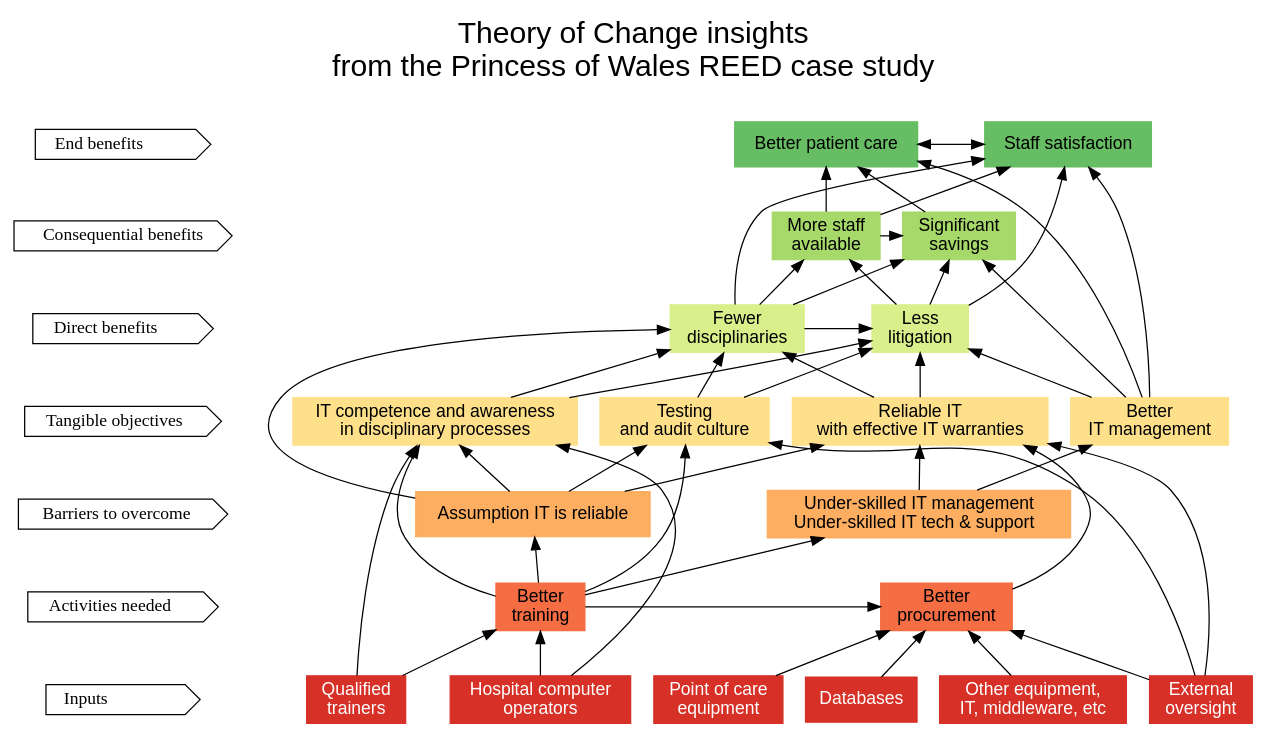
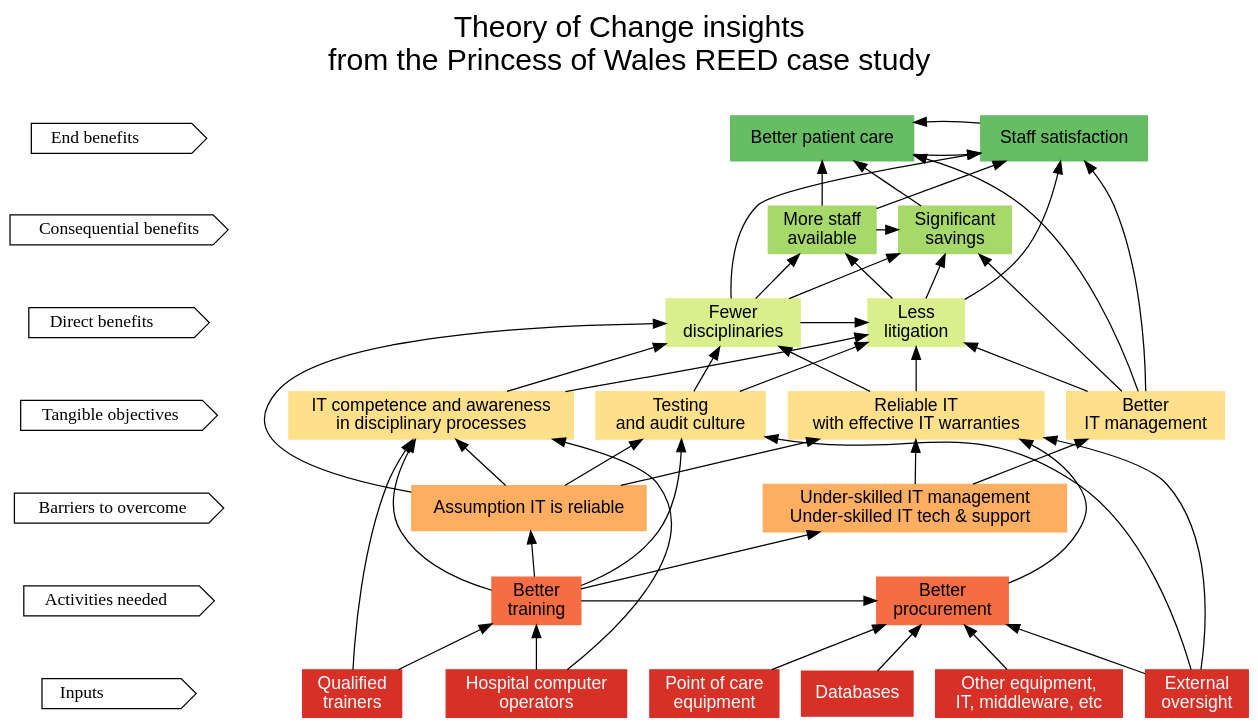
One commit to haroldthimbleby/REED changed the diagram in lib/pow-toc.gv. Above: the diagram before and after it, drawn with Graphviz. The commit also changed 39 other files, not shown here.

```diff
--- a/lib/pow-toc.gv
+++ b/lib/pow-toc.gv
@@ -1,97 +1,99 @@
 digraph {
   compound=true;
+  bgcolor="transparent";
   color=red;
   labelloc=t;
   fontname="Helvetica";
   fontsize=24;
   label="Theory of Change insights\nfrom the Princess of Wales REED case study
  ";
   rankdir="BT";
 {rank=same; "Inputs                 ";"e";"a1";"a2";"a3";"etc";"au";}
 {rank=same; "Activities needed      ";"t";"b";}
 {rank=same; "Barriers to overcome   ";"c";"barriermanagement";}
 {rank=same; "Tangible objectives    ";"audit";"disciplinary";"w";"management";}
 {rank=same; "Direct benefits        ";"d1";"d2";}
 {rank=same; "Consequential benefits ";"io1";"io2";}
 {rank=same; "End benefits           ";"o1";"invis";"Staff satisfaction";}
 
-  "w" [fillcolor="/rdylgn8/4";color="/rdylgn8/4";style=filled;fontcolor=black;shape=box; fontname=Helvetica; label="Reliable IT\nwith effective IT warranties";];
-  "t" [fillcolor="/rdylgn8/2";color="/rdylgn8/2";style=filled;fontcolor=black;shape=box; fontname=Helvetica; label="Better\ntraining";];
-  "o1" [fillcolor="/rdylgn8/7";color="/rdylgn8/7";style=filled;fontcolor=black;shape=box; fontname=Helvetica; label="Better patient care";];
-  "management" [fillcolor="/rdylgn8/4";color="/rdylgn8/4";style=filled;fontcolor=black;shape=box; fontname=Helvetica; label="Better\nIT management";];
-  "io2" [fillcolor="/rdylgn8/6";color="/rdylgn8/6";style=filled;fontcolor=black;shape=box; fontname=Helvetica; label="Significant\nsavings";];
-  "io1" [fillcolor="/rdylgn8/6";color="/rdylgn8/6";style=filled;fontcolor=black;shape=box; fontname=Helvetica; label="More staff\navailable";];
-  "invis" [fillcolor="/rdylgn8/7";color="/rdylgn8/7";style=filled;fontcolor=black;shape=box; fontname=Helvetica; label="invis";style=invis;];
-  "etc" [fillcolor="/rdylgn8/1";color="/rdylgn8/1";style=filled;fontcolor=white;shape=box; fontname=Helvetica; label="Other equipment,\nIT, middleware, etc";];
-  "e" [fillcolor="/rdylgn8/1";color="/rdylgn8/1";style=filled;fontcolor=white;shape=box; fontname=Helvetica; label="Qualified\ntrainers";];
-  "disciplinary" [fillcolor="/rdylgn8/4";color="/rdylgn8/4";style=filled;fontcolor=black;shape=box; fontname=Helvetica; label="IT competence and awareness\n in disciplinary processes";];
-  "d2" [fillcolor="/rdylgn8/5";color="/rdylgn8/5";style=filled;fontcolor=black;shape=box; fontname=Helvetica; label="Less\nlitigation";];
-  "d1" [fillcolor="/rdylgn8/5";color="/rdylgn8/5";style=filled;fontcolor=black;shape=box; fontname=Helvetica; label="Fewer\ndisciplinaries";];
-  "c" [fillcolor="/rdylgn8/3";color="/rdylgn8/3";style=filled;fontcolor=black;shape=box; fontname=Helvetica; label="Assumption IT is reliable";];
-  "barriermanagement" [fillcolor="/rdylgn8/3";color="/rdylgn8/3";style=filled;fontcolor=black;shape=box; fontname=Helvetica; label="Under-skilled IT management\nUnder-skilled IT tech & support  ";];
-  "b" [fillcolor="/rdylgn8/2";color="/rdylgn8/2";style=filled;fontcolor=black;shape=box; fontname=Helvetica; label="Better\nprocurement";];
-  "audit" [fillcolor="/rdylgn8/4";color="/rdylgn8/4";style=filled;fontcolor=black;shape=box; fontname=Helvetica; label="Testing\nand audit culture";];
-  "au" [fillcolor="/rdylgn8/1";color="/rdylgn8/1";style=filled;fontcolor=white;shape=box; fontname=Helvetica; label="External\noversight";];
-  "a3" [fillcolor="/rdylgn8/1";color="/rdylgn8/1";style=filled;fontcolor=white;shape=box; fontname=Helvetica; label="Databases";];
-  "a2" [fillcolor="/rdylgn8/1";color="/rdylgn8/1";style=filled;fontcolor=white;shape=box; fontname=Helvetica; label="Point of care\nequipment";];
-  "a1" [fillcolor="/rdylgn8/1";color="/rdylgn8/1";style=filled;fontcolor=white;shape=box; fontname=Helvetica; label="Hospital computer\noperators";];
-  "Tangible objectives    " [shape=box; fontname=Helvetica; label="Tangible objectives    ";shape=cds;fontname="Monaco";];
-  "Staff satisfaction" [fillcolor="/rdylgn8/7";color="/rdylgn8/7";style=filled;fontcolor=black;shape=box; fontname=Helvetica; label="Staff satisfaction";];
-  "Inputs                 " [shape=box; fontname=Helvetica; label="Inputs                 ";shape=cds;fontname="Monaco";];
-  "End benefits           " [shape=box; fontname=Helvetica; label="End benefits           ";shape=cds;fontname="Monaco";];
-  "Direct benefits        " [shape=box; fontname=Helvetica; label="Direct benefits        ";shape=cds;fontname="Monaco";];
-  "Consequential benefits " [shape=box; fontname=Helvetica; label="Consequential benefits ";shape=cds;fontname="Monaco";];
-  "Barriers to overcome   " [shape=box; fontname=Helvetica; label="Barriers to overcome   ";shape=cds;fontname="Monaco";];
-  "Activities needed      " [shape=box; fontname=Helvetica; label="Activities needed      ";shape=cds;fontname="Monaco";];
+  "w" [fillcolor="/rdylgn8/4";color="/rdylgn8/4";style=filled;fontcolor=black;shape=box; fontname=Helvetica; URL="#w"; label="Reliable IT\nwith effective IT warranties";];
+  "t" [fillcolor="/rdylgn8/2";color="/rdylgn8/2";style=filled;fontcolor=black;shape=box; fontname=Helvetica; URL="#t"; label="Better\ntraining";];
+  "o1" [fillcolor="/rdylgn8/7";color="/rdylgn8/7";style=filled;fontcolor=black;shape=box; fontname=Helvetica; URL="#o1"; label="Better patient care";];
+  "management" [fillcolor="/rdylgn8/4";color="/rdylgn8/4";style=filled;fontcolor=black;shape=box; fontname=Helvetica; URL="#management"; label="Better\nIT management";];
+  "io2" [fillcolor="/rdylgn8/6";color="/rdylgn8/6";style=filled;fontcolor=black;shape=box; fontname=Helvetica; URL="#io2"; label="Significant\nsavings";];
+  "io1" [fillcolor="/rdylgn8/6";color="/rdylgn8/6";style=filled;fontcolor=black;shape=box; fontname=Helvetica; URL="#io1"; label="More staff\navailable";];
+  "invis" [fillcolor="/rdylgn8/7";color="/rdylgn8/7";style=filled;fontcolor=black;shape=box; fontname=Helvetica; URL="#invis"; label="invis";style=invis;];
+  "etc" [fillcolor="/rdylgn8/1";color="/rdylgn8/1";style=filled;fontcolor=white;shape=box; fontname=Helvetica; URL="#etc"; label="Other equipment,\nIT, middleware, etc";];
+  "e" [fillcolor="/rdylgn8/1";color="/rdylgn8/1";style=filled;fontcolor=white;shape=box; fontname=Helvetica; URL="#e"; label="Qualified\ntrainers";];
+  "disciplinary" [fillcolor="/rdylgn8/4";color="/rdylgn8/4";style=filled;fontcolor=black;shape=box; fontname=Helvetica; URL="#disciplinary"; label="IT competence and awareness\n in disciplinary processes";];
+  "d2" [fillcolor="/rdylgn8/5";color="/rdylgn8/5";style=filled;fontcolor=black;shape=box; fontname=Helvetica; URL="#d2"; label="Less\nlitigation";];
+  "d1" [fillcolor="/rdylgn8/5";color="/rdylgn8/5";style=filled;fontcolor=black;shape=box; fontname=Helvetica; URL="#d1"; label="Fewer\ndisciplinaries";];
+  "c" [fillcolor="/rdylgn8/3";color="/rdylgn8/3";style=filled;fontcolor=black;shape=box; fontname=Helvetica; URL="#c"; label="Assumption IT is reliable";];
+  "barriermanagement" [fillcolor="/rdylgn8/3";color="/rdylgn8/3";style=filled;fontcolor=black;shape=box; fontname=Helvetica; URL="#barriermanagement"; label="Under-skilled IT management\nUnder-skilled IT tech & support  ";];
+  "b" [fillcolor="/rdylgn8/2";color="/rdylgn8/2";style=filled;fontcolor=black;shape=box; fontname=Helvetica; URL="#b"; label="Better\nprocurement";];
+  "audit" [fillcolor="/rdylgn8/4";color="/rdylgn8/4";style=filled;fontcolor=black;shape=box; fontname=Helvetica; URL="#audit"; label="Testing\nand audit culture";];
+  "au" [fillcolor="/rdylgn8/1";color="/rdylgn8/1";style=filled;fontcolor=white;shape=box; fontname=Helvetica; URL="#au"; label="External\noversight";];
+  "a3" [fillcolor="/rdylgn8/1";color="/rdylgn8/1";style=filled;fontcolor=white;shape=box; fontname=Helvetica; URL="#a3"; label="Databases";];
+  "a2" [fillcolor="/rdylgn8/1";color="/rdylgn8/1";style=filled;fontcolor=white;shape=box; fontname=Helvetica; URL="#a2"; label="Point of care\nequipment";];
+  "a1" [fillcolor="/rdylgn8/1";color="/rdylgn8/1";style=filled;fontcolor=white;shape=box; fontname=Helvetica; URL="#a1"; label="Hospital computer\noperators";];
+  "Tangible objectives    " [shape=box; fontname=Helvetica; URL="#Tangible objectives    "; label="Tangible objectives    ";shape=cds;fontname="Monaco";];
+  "Staff satisfaction" [fillcolor="/rdylgn8/7";color="/rdylgn8/7";style=filled;fontcolor=black;shape=box; fontname=Helvetica; URL="#Staff satisfaction"; label="Staff satisfaction";];
+  "Inputs                 " [shape=box; fontname=Helvetica; URL="#Inputs                 "; label="Inputs                 ";shape=cds;fontname="Monaco";];
+  "End benefits           " [shape=box; fontname=Helvetica; URL="#End benefits           "; label="End benefits           ";shape=cds;fontname="Monaco";];
+  "Direct benefits        " [shape=box; fontname=Helvetica; URL="#Direct benefits        "; label="Direct benefits        ";shape=cds;fontname="Monaco";];
+  "Consequential benefits " [shape=box; fontname=Helvetica; URL="#Consequential benefits "; label="Consequential benefits ";shape=cds;fontname="Monaco";];
+  "Barriers to overcome   " [shape=box; fontname=Helvetica; URL="#Barriers to overcome   "; label="Barriers to overcome   ";shape=cds;fontname="Monaco";];
+  "Activities needed      " [shape=box; fontname=Helvetica; URL="#Activities needed      "; label="Activities needed      ";shape=cds;fontname="Monaco";];
 
   "Consequential benefits "->"End benefits           " [style=invis; ];
   "Direct benefits        "->"Consequential benefits " [style=invis; ];
   "Tangible objectives    "->"Direct benefits        " [style=invis; ];
   "Barriers to overcome   "->"Tangible objectives    " [style=invis; ];
   "Activities needed      "->"Barriers to overcome   " [style=invis; ];
   "Inputs                 "->"Activities needed      " [style=invis; ];
   "d2"->"Staff satisfaction";
   "d1"->"Staff satisfaction";
   "io1"->"Staff satisfaction";
-  "o1"->"Staff satisfaction" [minlen=3; dir=both;];
+  "Staff satisfaction"->"o1" [minlen=3; ];
+  "o1"->"Staff satisfaction" [minlen=3; ];
   "au"->"b";
   "au"->"w";
   "au"->"audit";
   "t"->"barriermanagement";
   "management"->"o1";
   "management"->"io2";
   "management"->"d2";
   "management"->"Staff satisfaction";
   "barriermanagement"->"management";
   "barriermanagement"->"w";
   "io1"->"io2";
   "io2"->"o1";
   "io1"->"o1";
   "d2"->"io2";
   "d2"->"io1";
   "d1"->"io2";
   "d1"->"io1";
   "w"->"d2";
   "w"->"d1";
   "c"->"w";
   "c"->"d1";
   "t"->"b";
   "b"->"w";
   "t"->"c";
   "c"->"audit";
   "d1"->"d2" [minlen=3; ];
   "t"->"audit";
   "audit"->"d2";
   "audit"->"d1";
   "c"->"disciplinary";
   "etc"->"b";
   "a3"->"b";
   "a2"->"b";
   "a1"->"t";
   "e"->"t";
   "disciplinary"->"d1";
   "disciplinary"->"d2";
   "t"->"disciplinary";
   "a1"->"disciplinary";
   "e"->"disciplinary";
 }
```
